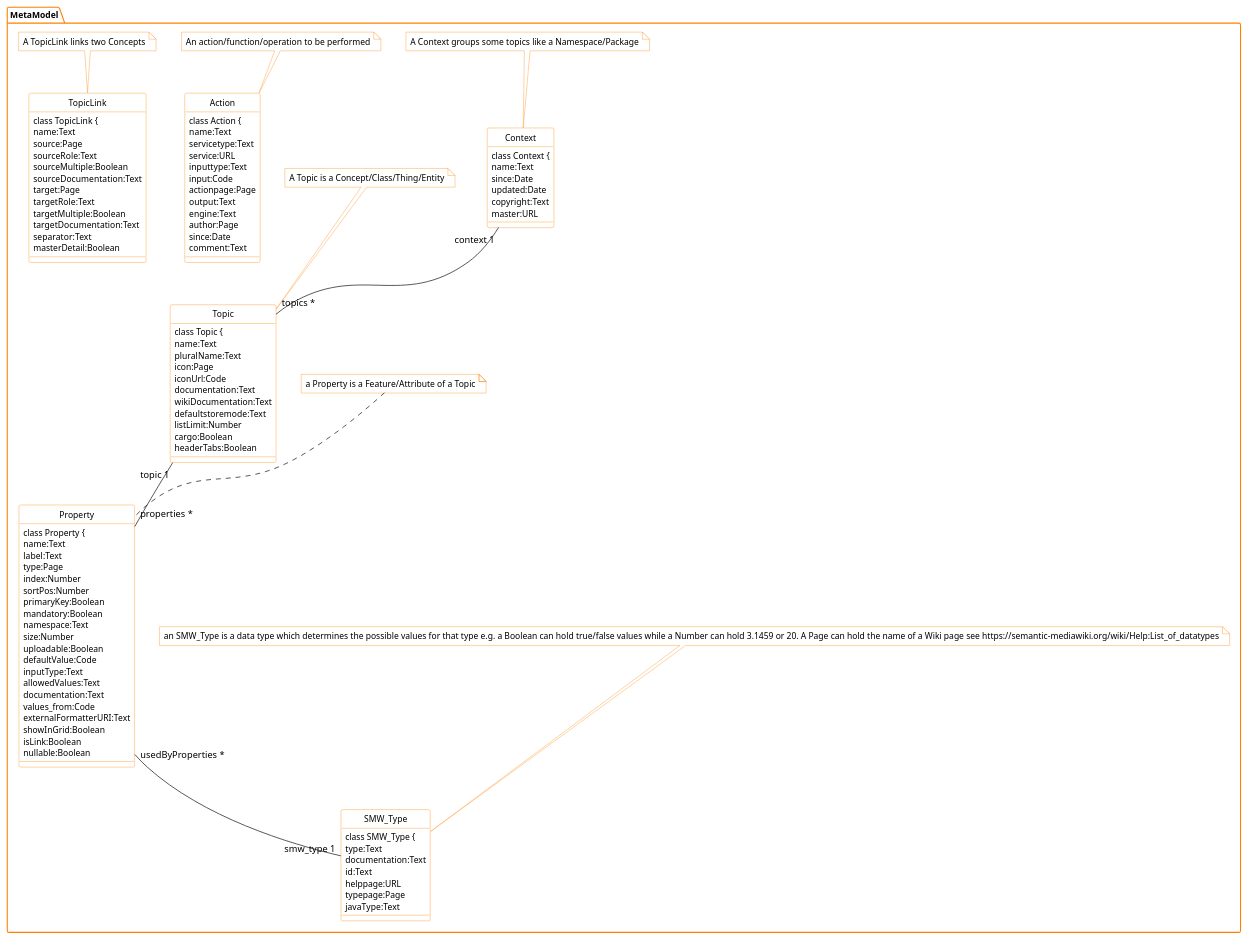
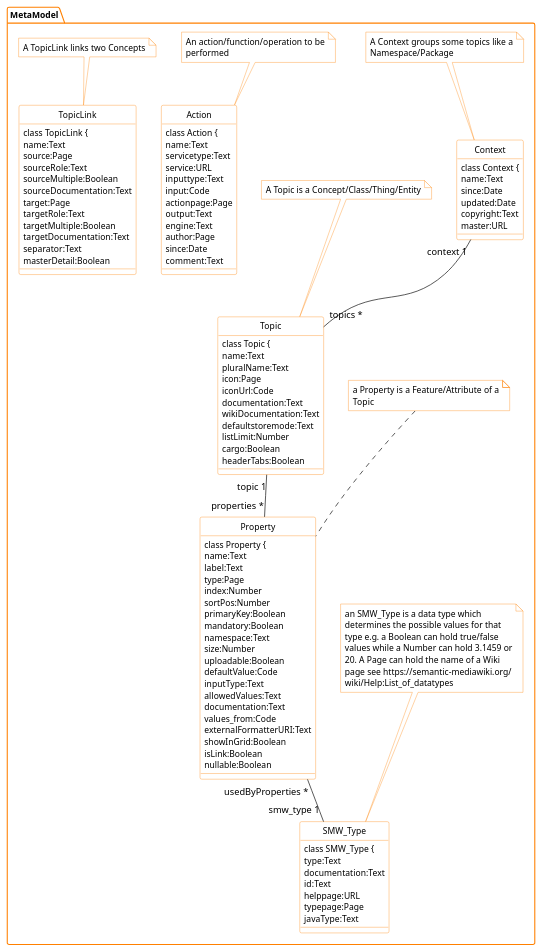
One commit to WolfgangFahl/pyMetaModel changed the diagram in metamodel.puml. Above: the diagram before and after it, drawn with PlantUML. The commit also changed 2 other files, not shown here.

```diff
--- a/metamodel.puml
+++ b/metamodel.puml
@@ -1,185 +1,194 @@
 @startuml
 package MetaModel {
   class Context {
   class Context {
     name:Text
     since:Date
     updated:Date
     copyright:Text
     master:URL
   }
 Note top of Context
-A Context groups some topics like a Namespace/Package
+A Context groups some topics like a
+Namespace/Package
 End note
   class Property {
   class Property {
     name:Text
     label:Text
     type:Page
     index:Number
     sortPos:Number
     primaryKey:Boolean
     mandatory:Boolean
     namespace:Text
     size:Number
     uploadable:Boolean
     defaultValue:Code
     inputType:Text
     allowedValues:Text
     documentation:Text
     values_from:Code
     externalFormatterURI:Text
     showInGrid:Boolean
     isLink:Boolean
     nullable:Boolean
   }
 Note top of Property
-a Property is a Feature/Attribute of a Topic
+a Property is a Feature/Attribute of a
+Topic
 End note
   class SMW_Type {
   class SMW_Type {
     type:Text
     documentation:Text
     id:Text
     helppage:URL
     typepage:Page
     javaType:Text
   }
 Note top of SMW_Type
-an SMW_Type is a data type which determines the possible values for that type e.g. a Boolean can hold true/false values while a Number can hold 3.1459 or 20. A Page can hold the name of a Wiki page see https://semantic-mediawiki.org/wiki/Help:List_of_datatypes
+an SMW_Type is a data type which
+determines the possible values for that
+type e.g. a Boolean can hold true/false
+values while a Number can hold 3.1459 or
+20. A Page can hold the name of a Wiki
+page see https://semantic-mediawiki.org/
+wiki/Help:List_of_datatypes
 End note
   class Topic {
   class Topic {
     name:Text
     pluralName:Text
     icon:Page
     iconUrl:Code
     documentation:Text
     wikiDocumentation:Text
     defaultstoremode:Text
     listLimit:Number
     cargo:Boolean
     headerTabs:Boolean
   }
 Note top of Topic
 A Topic is a Concept/Class/Thing/Entity
 End note
   class Action {
   class Action {
     name:Text
     servicetype:Text
     service:URL
     inputtype:Text
     input:Code
     actionpage:Page
     output:Text
     engine:Text
     author:Page
     since:Date
     comment:Text
   }
 Note top of Action
-An action/function/operation to be performed
+An action/function/operation to be
+performed
 End note
   class TopicLink {
   class TopicLink {
     name:Text
     source:Page
     sourceRole:Text
     sourceMultiple:Boolean
     sourceDocumentation:Text
     target:Page
     targetRole:Text
     targetMultiple:Boolean
     targetDocumentation:Text
     separator:Text
     masterDetail:Boolean
   }
 Note top of TopicLink
 A TopicLink links two Concepts
 End note
 }
 Topic "topic 1" -- "properties *" Property
 Context "context 1" -- "topics *" Topic
 Property "usedByProperties *" -- "smw_type 1" SMW_Type
 
 ' BITPlan Corporate identity skin params
 ' Copyright (c) 2015-2024 BITPlan GmbH
 ' see http://wiki.bitplan.com/PlantUmlSkinParams#BITPlanCI
 ' skinparams generated by com.bitplan.restmodelmanager
 skinparam note {
   BackGroundColor #FFFFFF
   FontSize 12
   ArrowColor #FF8000
   BorderColor #FF8000
   FontColor black
   FontName Technical
 }
 skinparam component {
   BackGroundColor #FFFFFF
   FontSize 12
   ArrowColor #FF8000
   BorderColor #FF8000
   FontColor black
   FontName Technical
 }
 skinparam package {
   BackGroundColor #FFFFFF
   FontSize 12
   ArrowColor #FF8000
   BorderColor #FF8000
   FontColor black
   FontName Technical
 }
 skinparam usecase {
   BackGroundColor #FFFFFF
   FontSize 12
   ArrowColor #FF8000
   BorderColor #FF8000
   FontColor black
   FontName Technical
 }
 skinparam activity {
   BackGroundColor #FFFFFF
   FontSize 12
   ArrowColor #FF8000
   BorderColor #FF8000
   FontColor black
   FontName Technical
 }
 skinparam classAttribute {
   BackGroundColor #FFFFFF
   FontSize 12
   ArrowColor #FF8000
   BorderColor #FF8000
   FontColor black
   FontName Technical
 }
 skinparam interface {
   BackGroundColor #FFFFFF
   FontSize 12
   ArrowColor #FF8000
   BorderColor #FF8000
   FontColor black
   FontName Technical
 }
 skinparam class {
   BackGroundColor #FFFFFF
   FontSize 12
   ArrowColor #FF8000
   BorderColor #FF8000
   FontColor black
   FontName Technical
 }
 skinparam object {
   BackGroundColor #FFFFFF
   FontSize 12
   ArrowColor #FF8000
   BorderColor #FF8000
   FontColor black
   FontName Technical
 }
 hide Circle
 ' end of skinparams '
 
 @enduml
```
